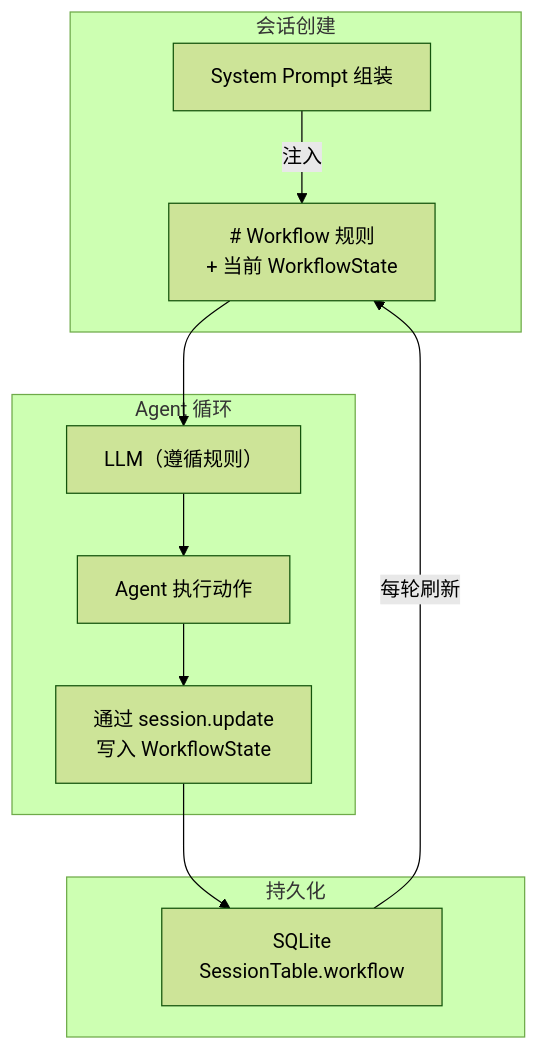
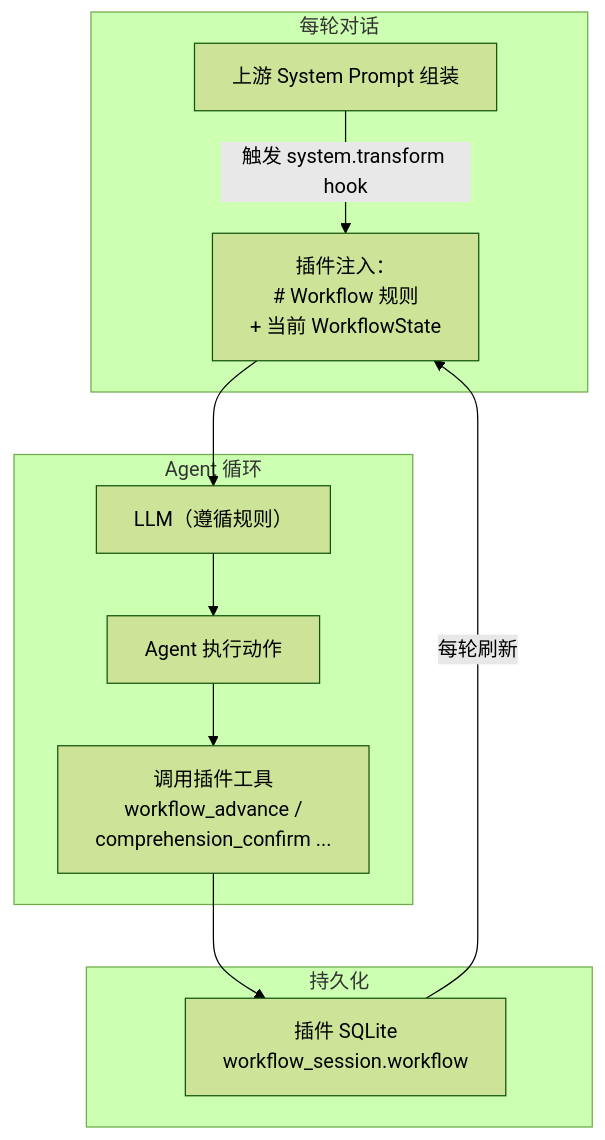
Before and after one commit to wonglaitung/opencode: diagram 13 of 14 in specs/customize/session-management.md, drawn with Mermaid (forest theme). The commit also changed other lines of this file, not shown here.

First line of the commit message:
docs(session-management): 重构为零侵入架构（插件 + 独立 CLI）

````diff
--- a/specs/customize/session-management.md
+++ b/specs/customize/session-management.md
@@ -855,23 +882,23 @@
 ```mermaid
 flowchart TD
-    subgraph Session["会话创建"]
-        SP["System Prompt 组装"]
-        SP -->|"注入"| RULES["# Workflow 规则<br/>+ 当前 WorkflowState"]
+    subgraph Turn["每轮对话"]
+        SP["上游 System Prompt 组装"]
+        SP -->|"触发 system.transform hook"| RULES["插件注入：<br/># Workflow 规则<br/>+ 当前 WorkflowState"]
     end
 
     subgraph Agent["Agent 循环"]
         LLM["LLM（遵循规则）"]
         ACTION["Agent 执行动作"]
-        WRITE["通过 session.update<br/>写入 WorkflowState"]
+        WRITE["调用插件工具<br/>workflow_advance /<br/>comprehension_confirm ..."]
     end
 
     subgraph Storage["持久化"]
-        DB["SQLite<br/>SessionTable.workflow"]
+        DB["插件 SQLite<br/>workflow_session.workflow"]
     end
 
     RULES --> LLM
     LLM --> ACTION
     ACTION --> WRITE
     WRITE --> DB
     DB -->|"每轮刷新"| RULES
 ```
````
